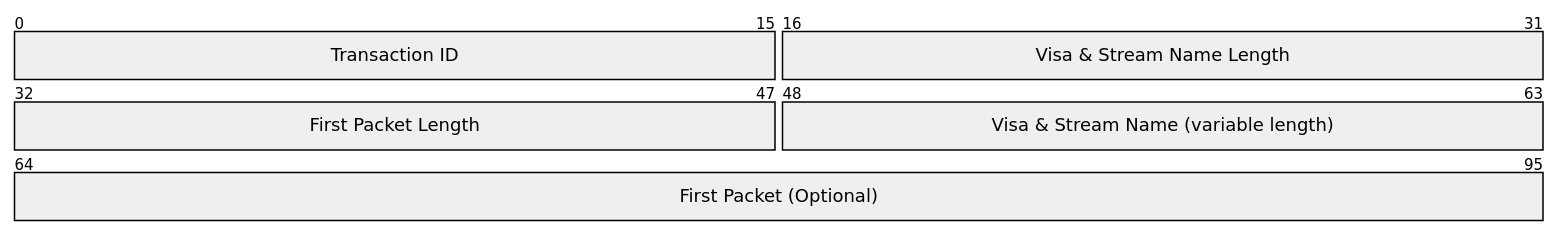
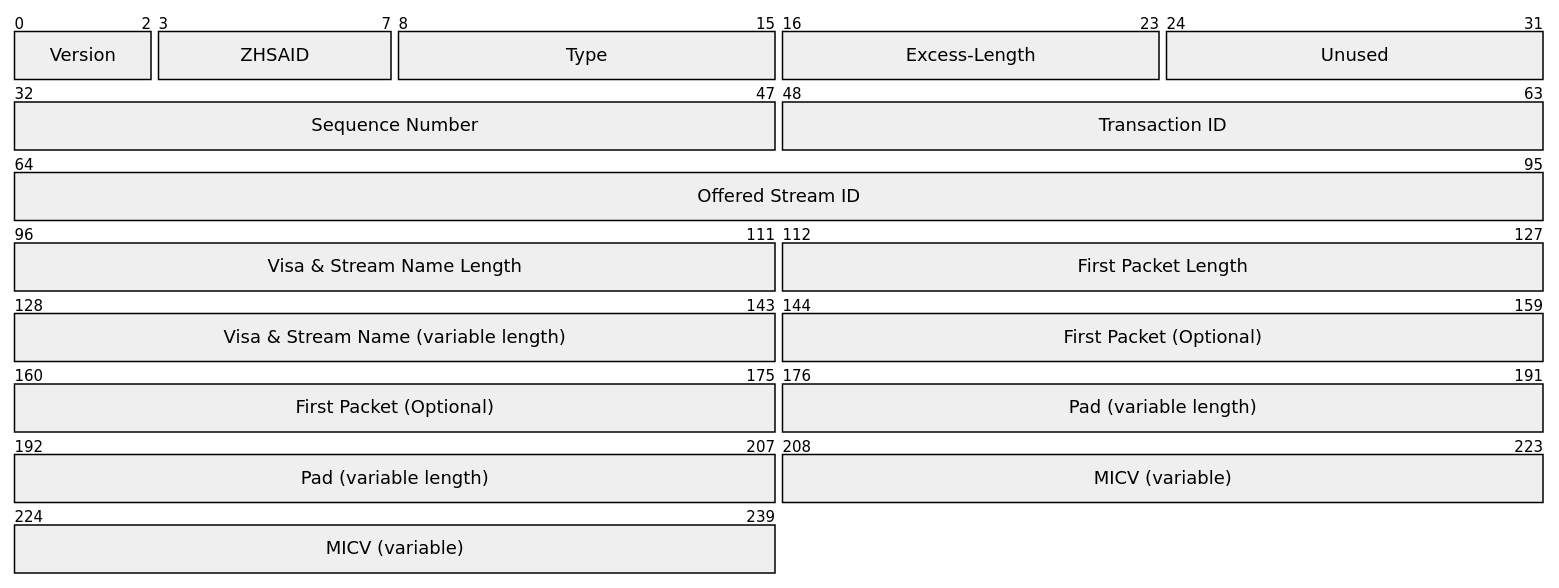
Diagram 16 of 43 in src/17-ZPR-Data-Protocol/body.md (org-zpr/zpr-rfcs), drawn with Mermaid (neutral theme) before and after one commit. The commit also changed other lines of this file, not shown here.

````diff
--- a/src/17-ZPR-Data-Protocol/body.md
+++ b/src/17-ZPR-Data-Protocol/body.md
@@ -2845,9 +2951,18 @@
 ``` mermaid
 %%| fig-cap: Stream ID Request Message Format
 packet
++3: "Version"
++5: "ZHSAID"
++8: "Type"
++8: "Excess-Length"
++8: "Unused"
++16: "Sequence Number"
 +16: "Transaction ID"
++32: "Offered Stream ID"
 +16: "Visa & Stream Name Length"
 +16: "First Packet Length"
 +16: "Visa & Stream Name (variable length)"
 +32: "First Packet (Optional)"
++32: "Pad (variable length)"
++32: "MICV (variable)"
 ```
````
